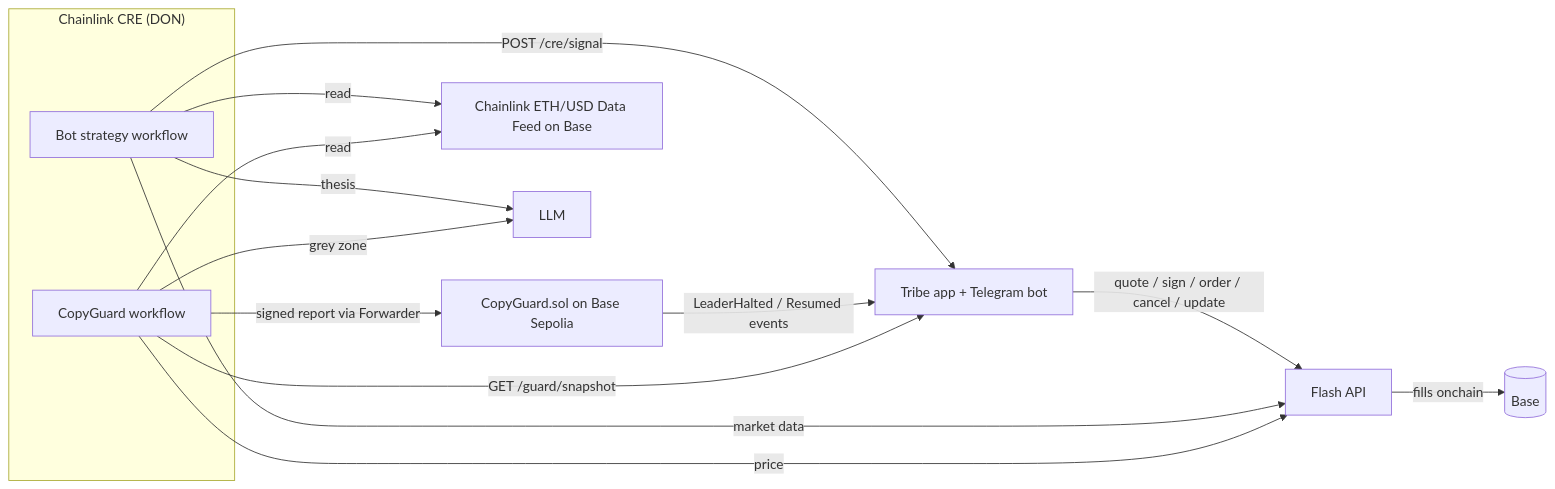
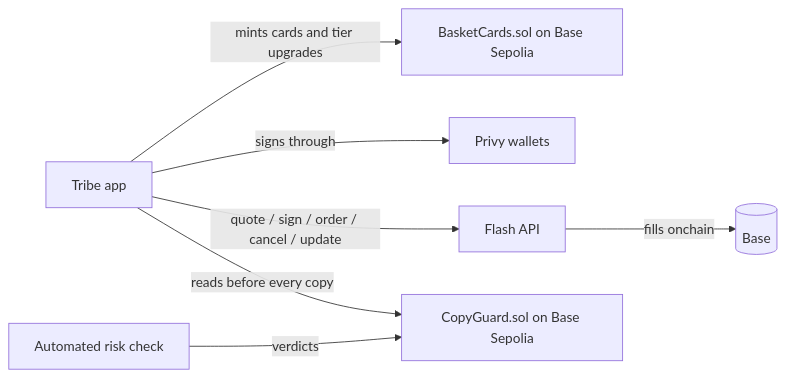
Before and after one commit to azimwarsii/Tribe: the diagram in README.md, drawn with Mermaid. The commit also changed other lines of this file and 22 other files, not shown here.

````diff
--- a/README.md
+++ b/README.md
@@ -49,24 +49,15 @@
 ```mermaid
 flowchart LR
-  subgraph CRE["Chainlink CRE (DON)"]
-    G[CopyGuard workflow]
-    A[Bot strategy workflow]
-  end
-  T[Tribe app + Telegram bot]
+  T[Tribe app]
   F[Flash API]
-  C[CopyGuard.sol on Base Sepolia]
-  D[Chainlink ETH/USD Data Feed on Base]
-  L[LLM]
-  G -- GET /guard/snapshot --> T
-  G -- read --> D
-  G -- price --> F
-  G -- grey zone --> L
-  G -- signed report via Forwarder --> C
-  C -- LeaderHalted / Resumed events --> T
-  A -- read --> D
-  A -- market data --> F
-  A -- thesis --> L
-  A -- POST /cre/signal --> T
+  P[Privy wallets]
+  G[CopyGuard.sol on Base Sepolia]
+  N[BasketCards.sol on Base Sepolia]
+  R[Automated risk check]
+  R -- verdicts --> G
+  T -- reads before every copy --> G
   T -- quote / sign / order / cancel / update --> F
+  T -- signs through --> P
+  T -- mints cards and tier upgrades --> N
   F -- fills onchain --> B[(Base)]
 ```
````
